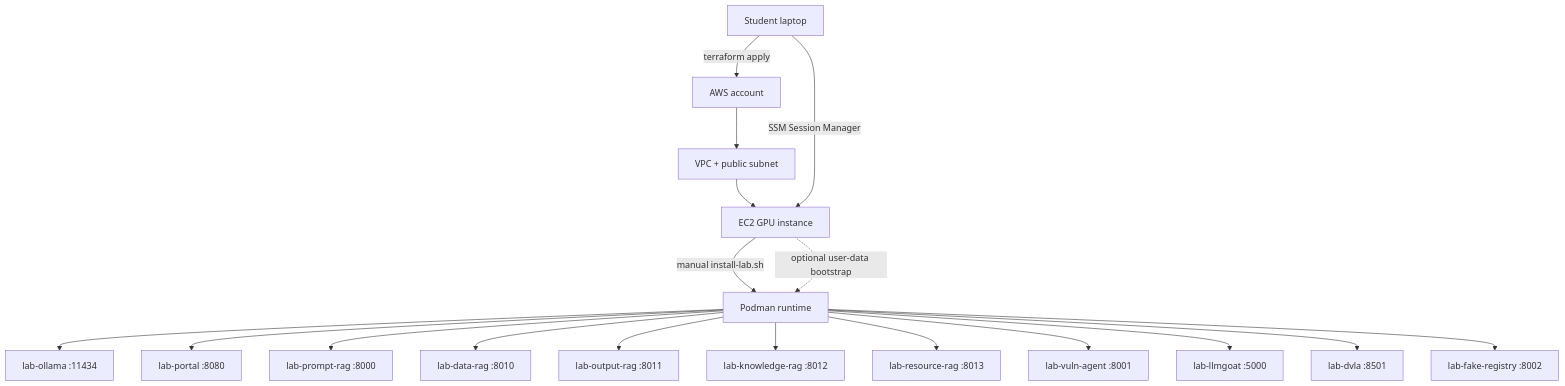
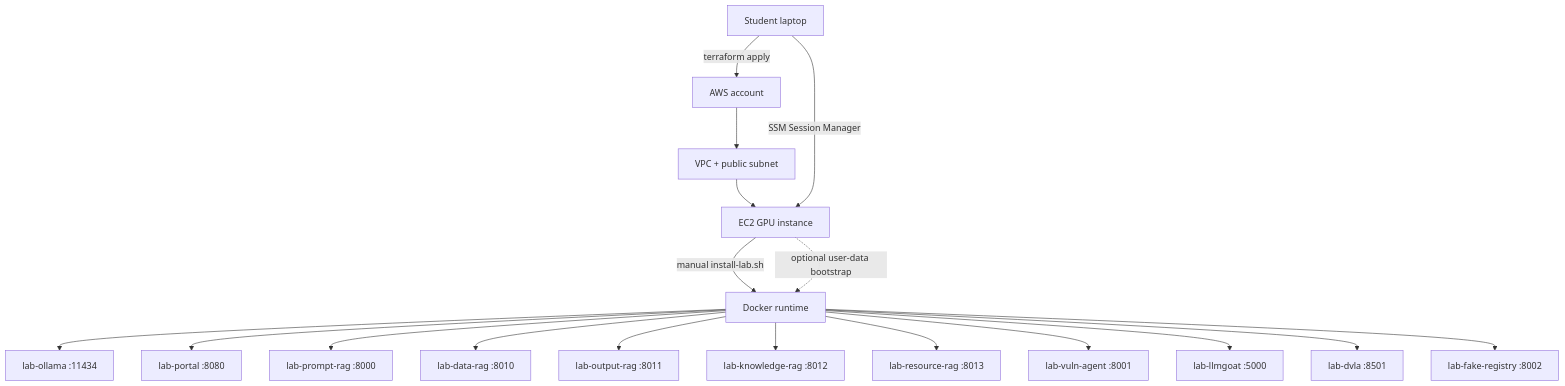
The first of 3 diagrams in docs/ARCHITECTURE.md (gasbugs/owasp-llm-lab-setup-guide), drawn with Mermaid before and after one commit. The commit also changed other lines of this file and 89 other files, not shown here.

Commit message:
Migrate lab runtime from Podman to Docker Compose

````diff
--- a/docs/ARCHITECTURE.md
+++ b/docs/ARCHITECTURE.md
@@ -5,20 +5,20 @@
 ```mermaid
 flowchart TD
   A["Student laptop"] -->|"terraform apply"| B["AWS account"]
   B --> C["VPC + public subnet"]
   C --> D["EC2 GPU instance"]
   A -->|"SSM Session Manager"| D
-  D -->|"manual install-lab.sh"| E["Podman runtime"]
+  D -->|"manual install-lab.sh"| E["Docker runtime"]
   D -. "optional user-data bootstrap" .-> E
   E --> F["lab-ollama :11434"]
   E --> P["lab-portal :8080"]
   E --> G1["lab-prompt-rag :8000"]
   E --> G2["lab-data-rag :8010"]
   E --> G3["lab-output-rag :8011"]
   E --> G4["lab-knowledge-rag :8012"]
   E --> G5["lab-resource-rag :8013"]
   E --> H["lab-vuln-agent :8001"]
   E --> I["lab-llmgoat :5000"]
   E --> J["lab-dvla :8501"]
   E --> K["lab-fake-registry :8002"]
 ```
````
